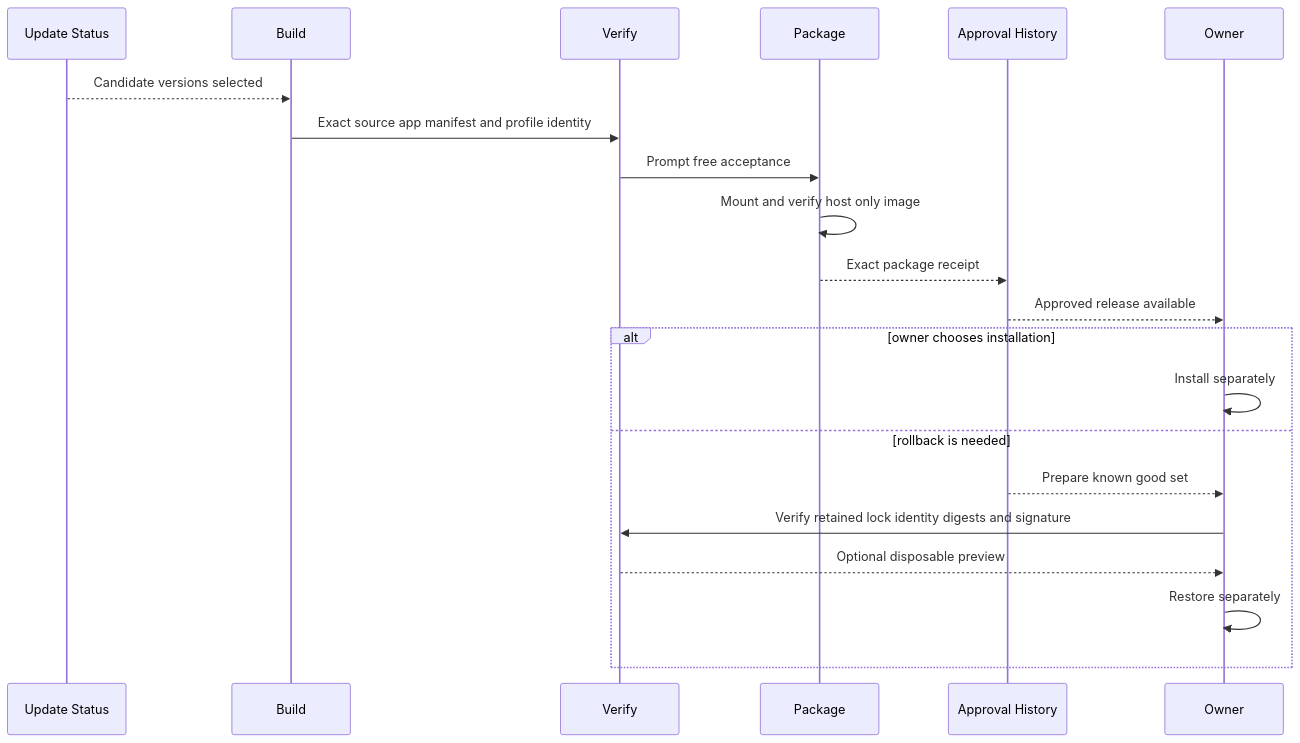
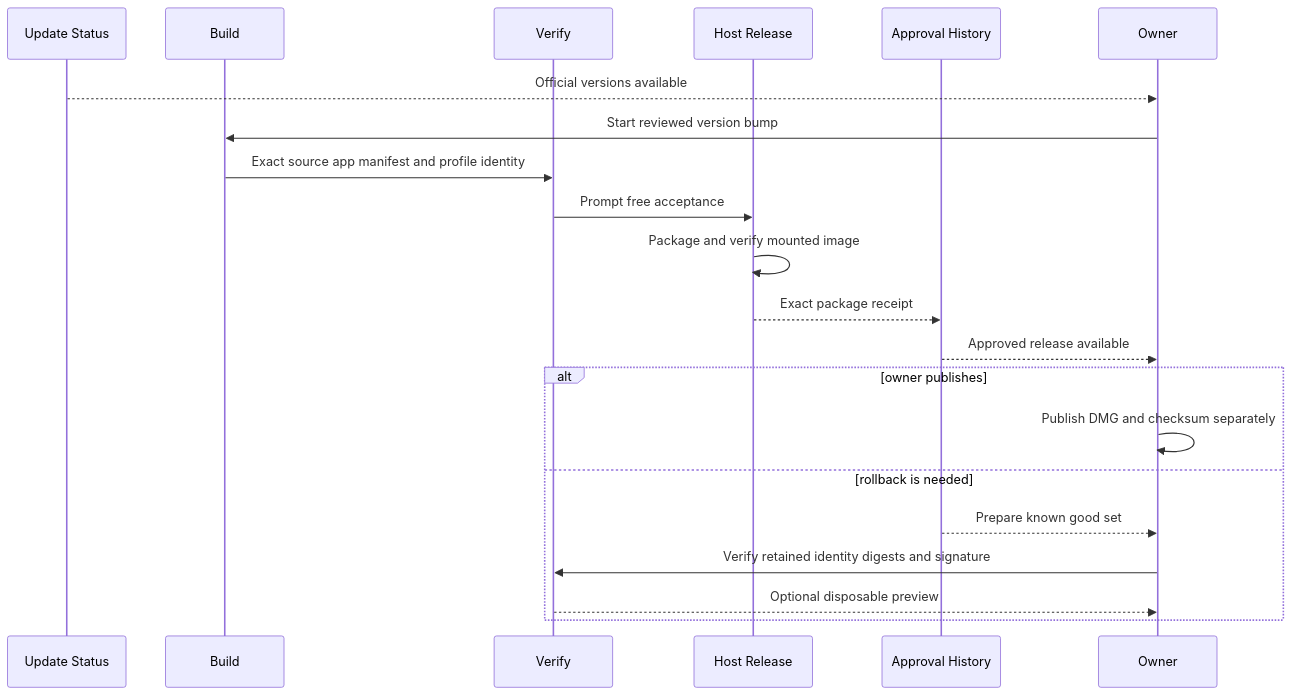
One commit to alexwck/dbcode-wrapper changed the diagram in wiki/flows/approval-and-guarded-rollback.md. Above: the diagram before and after it, drawn with Mermaid. The commit also changed other lines of this file and 16 other files, not shown here.

Commit message:
docs(wiki): document normal host release

````diff
--- a/wiki/flows/approval-and-guarded-rollback.md
+++ b/wiki/flows/approval-and-guarded-rollback.md
@@ -26,23 +26,23 @@
 ```mermaid
 sequenceDiagram
   participant Status as Update Status
   participant Build
   participant Verify
-  participant Package
+  participant Package as Host Release
   participant History as Approval History
   participant Owner
-  Status-->>Build: Candidate versions selected
+  Status-->>Owner: Official versions available
+  Owner->>Build: Start reviewed version bump
   Build->>Verify: Exact source app manifest and profile identity
   Verify->>Package: Prompt free acceptance
-  Package->>Package: Mount and verify host only image
+  Package->>Package: Package and verify mounted image
   Package-->>History: Exact package receipt
   History-->>Owner: Approved release available
-  alt owner chooses installation
-    Owner->>Owner: Install separately
+  alt owner publishes
+    Owner->>Owner: Publish DMG and checksum separately
   else rollback is needed
     History-->>Owner: Prepare known good set
-    Owner->>Verify: Verify retained lock identity digests and signature
+    Owner->>Verify: Verify retained identity digests and signature
     Verify-->>Owner: Optional disposable preview
-    Owner->>Owner: Restore separately
   end
 ```
````
